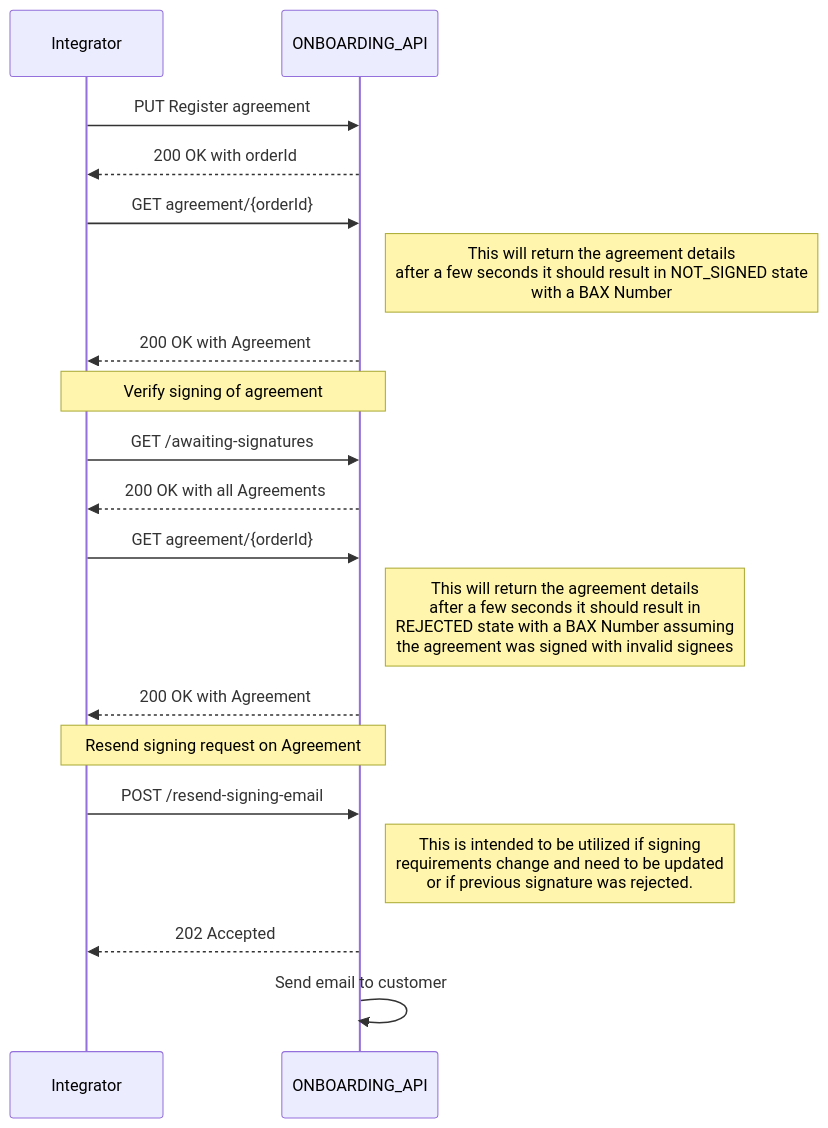
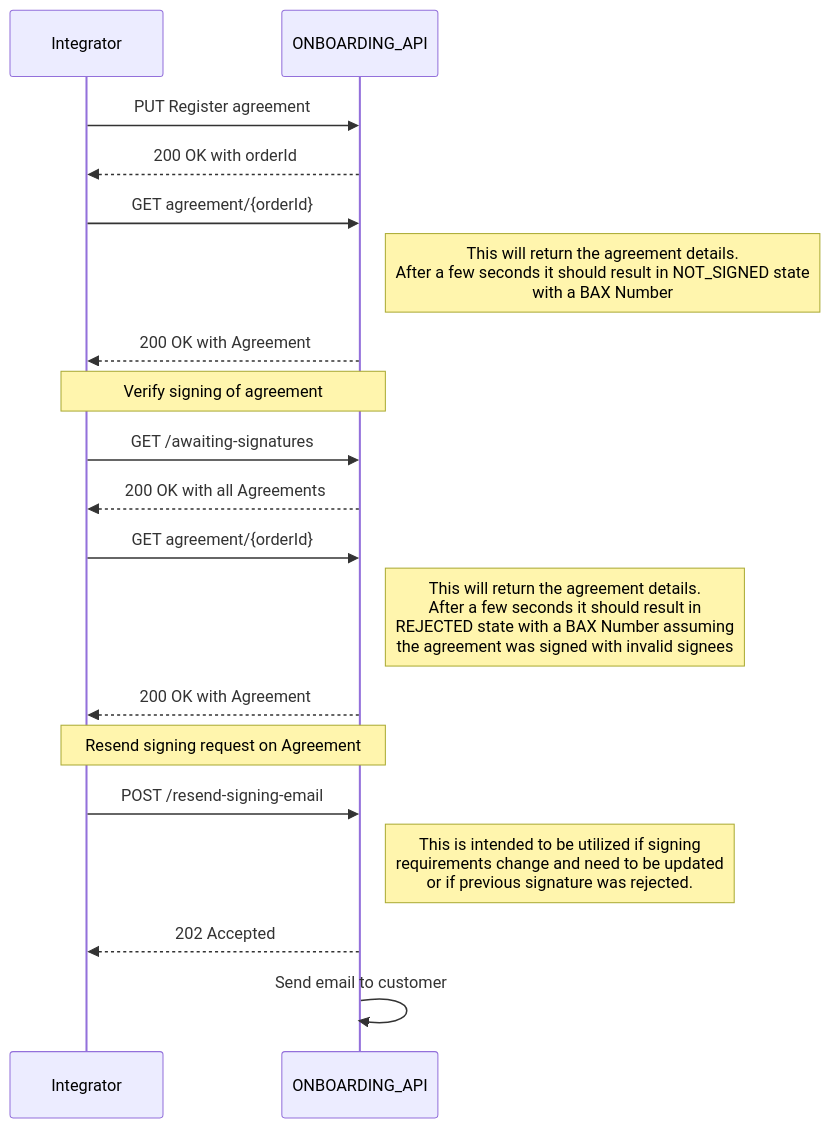
The second of 5 diagrams in docs/getting_started.md (BankAxept/bankaxept-onboarding-external-documentation), drawn with Mermaid before and after one commit. The commit also changed other lines of this file, not shown here.

````diff
--- a/docs/getting_started.md
+++ b/docs/getting_started.md
@@ -41,25 +41,25 @@
 ```mermaid
 sequenceDiagram
 participant I as Integrator
 participant O as ONBOARDING_API
 
 I ->> O: PUT Register agreement
 O -->> I: 200 OK with orderId
 
 I ->> O : GET agreement/{orderId}
-note right of O: This will return the agreement details <br/> after a few seconds it should result in NOT_SIGNED state <br/> with a BAX Number
+note right of O: This will return the agreement details. <br/> After a few seconds it should result in NOT_SIGNED state <br/> with a BAX Number
 O -->> I: 200 OK with Agreement
 note over I, O: Verify signing of agreement
 I ->> O: GET /awaiting-signatures
 O -->> I: 200 OK with all Agreements
 I ->> O : GET agreement/{orderId}
-note right of O: This will return the agreement details <br/> after a few seconds it should result in <br/> REJECTED state with a BAX Number assuming <br/> the agreement was signed with invalid signees
+note right of O: This will return the agreement details. <br/> After a few seconds it should result in <br/> REJECTED state with a BAX Number assuming <br/> the agreement was signed with invalid signees
 O -->> I: 200 OK with Agreement
 
 note over I, O: Resend signing request on Agreement
 I ->> O: POST /resend-signing-email
 note right of O: This is intended to be utilized if signing <br/> requirements change and need to be updated <br/> or if previous signature was rejected.
 
 O -->> I: 202 Accepted
 O ->> O: Send email to customer
 ```
````
